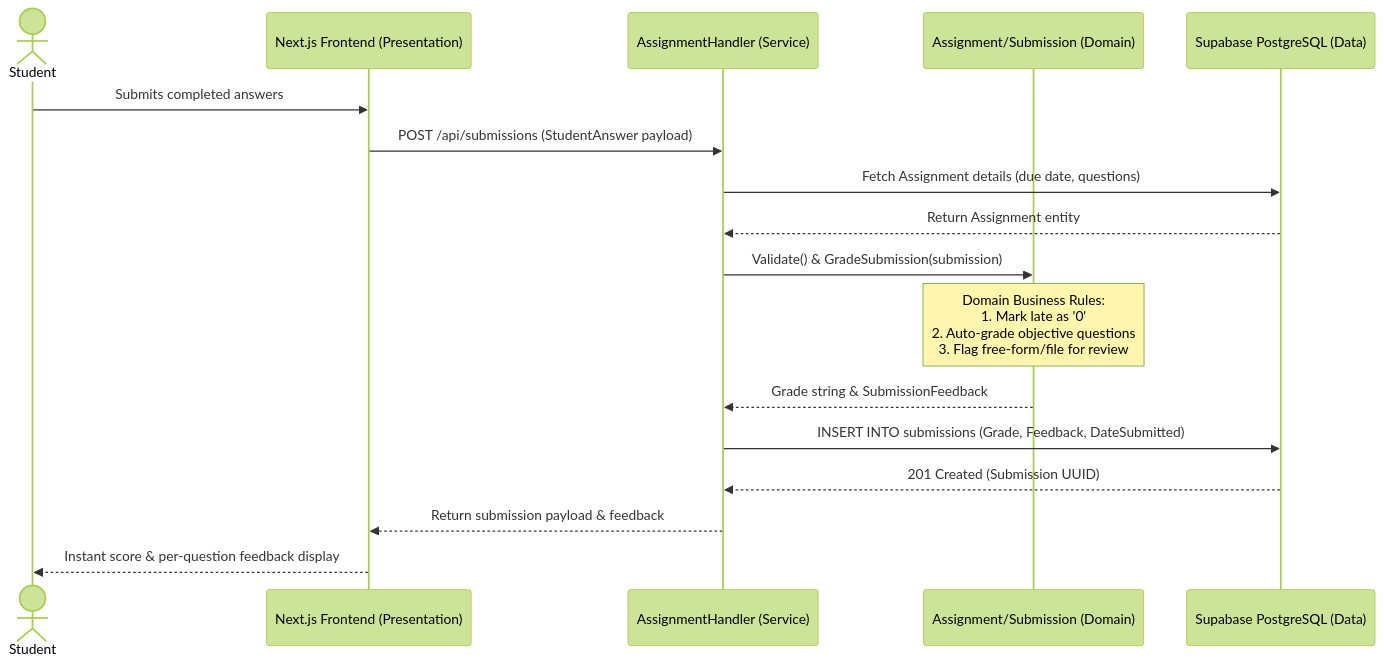
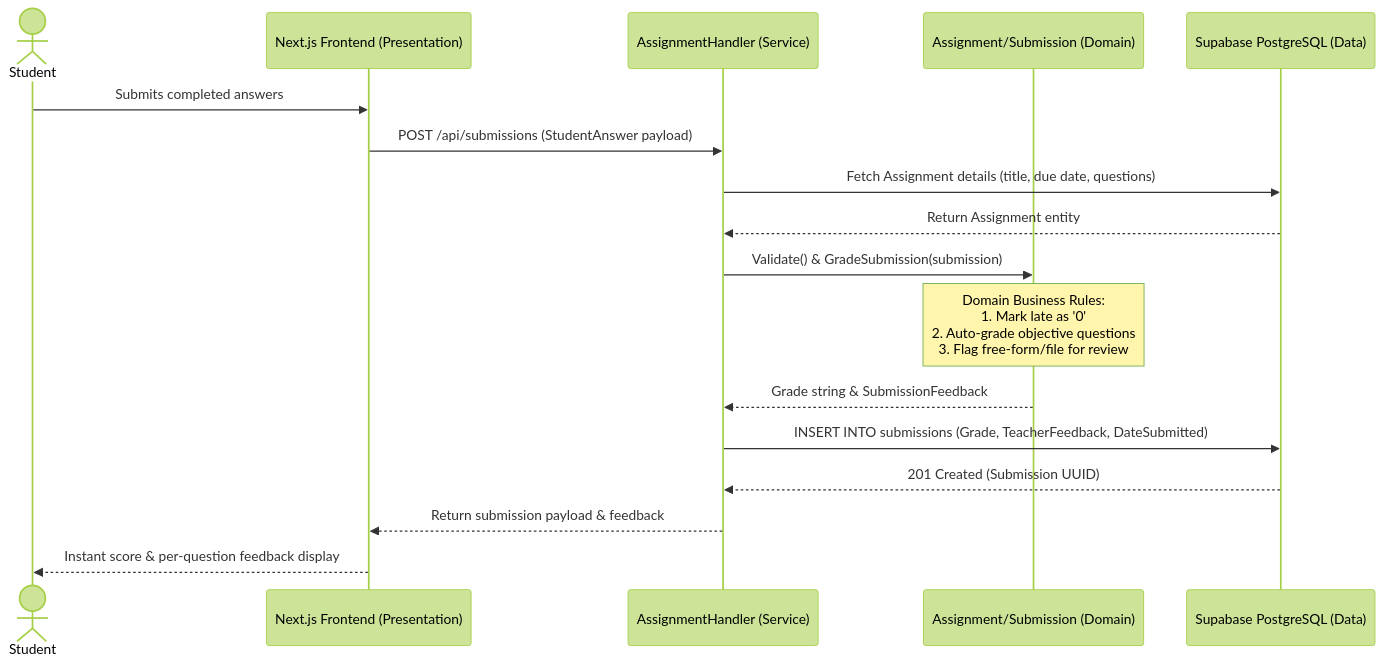
Before and after one commit to JosephGabrie/cen5064-project-JosephGabrie: the fourth of 4 diagrams in README.md, drawn with Mermaid (forest theme). The commit also changed other lines of this file and 34 other files, not shown here.

````diff
--- a/README.md
+++ b/README.md
@@ -388,21 +398,21 @@
 ```mermaid
 %% Sequence diagram: ONE core use case end-to-end (Submission Intake & Domain Auto-Grading).
 sequenceDiagram
     actor S as Student
     participant UI as Next.js Frontend (Presentation)
     participant H as AssignmentHandler (Service)
     participant D as Assignment/Submission (Domain)
     participant DB as Supabase PostgreSQL (Data)
 
     S->>UI: Submits completed answers
     UI->>H: POST /api/submissions (StudentAnswer payload)
-    H->>DB: Fetch Assignment details (due date, questions)
+    H->>DB: Fetch Assignment details (title, due date, questions)
     DB-->>H: Return Assignment entity
     H->>D: Validate() & GradeSubmission(submission)
     Note over D: Domain Business Rules:<br/>1. Mark late as '0'<br/>2. Auto-grade objective questions<br/>3. Flag free-form/file for review
     D-->>H: Grade string & SubmissionFeedback
-    H->>DB: INSERT INTO submissions (Grade, Feedback, DateSubmitted)
+    H->>DB: INSERT INTO submissions (Grade, TeacherFeedback, DateSubmitted)
     DB-->>H: 201 Created (Submission UUID)
     H-->>UI: Return submission payload & feedback
     UI-->>S: Instant score & per-question feedback display
 ```
````
